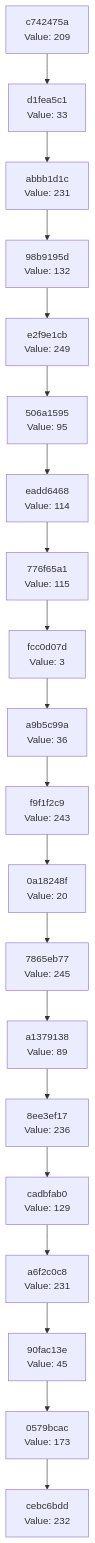
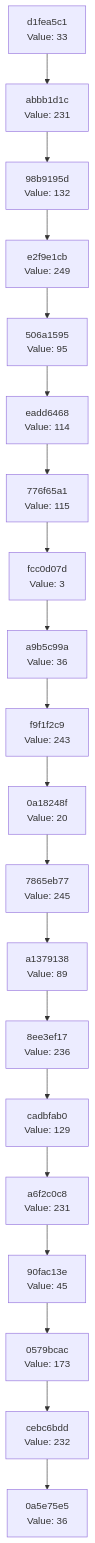
The diagram in docs/CHAIN_VISUALIZATION.md (Abhisheksinha1506/hash-chain-evolver), drawn with Mermaid before and after one commit. The commit also changed 2 other files, not shown here.

Commit message:
Evolution Step

````diff
--- a/docs/CHAIN_VISUALIZATION.md
+++ b/docs/CHAIN_VISUALIZATION.md
@@ -3,42 +3,42 @@
 ```mermaid
 graph TD
-    C0["cebc6bdd<br/>Value: 232"]
-    C1["0579bcac<br/>Value: 173"]
+    C0["0a5e75e5<br/>Value: 36"]
+    C1["cebc6bdd<br/>Value: 232"]
     C1 --> C0
-    C2["90fac13e<br/>Value: 45"]
+    C2["0579bcac<br/>Value: 173"]
     C2 --> C1
-    C3["a6f2c0c8<br/>Value: 231"]
+    C3["90fac13e<br/>Value: 45"]
     C3 --> C2
-    C4["cadbfab0<br/>Value: 129"]
+    C4["a6f2c0c8<br/>Value: 231"]
     C4 --> C3
-    C5["8ee3ef17<br/>Value: 236"]
+    C5["cadbfab0<br/>Value: 129"]
     C5 --> C4
-    C6["a1379138<br/>Value: 89"]
+    C6["8ee3ef17<br/>Value: 236"]
     C6 --> C5
-    C7["7865eb77<br/>Value: 245"]
+    C7["a1379138<br/>Value: 89"]
     C7 --> C6
-    C8["0a18248f<br/>Value: 20"]
+    C8["7865eb77<br/>Value: 245"]
     C8 --> C7
-    C9["f9f1f2c9<br/>Value: 243"]
+    C9["0a18248f<br/>Value: 20"]
     C9 --> C8
-    C10["a9b5c99a<br/>Value: 36"]
+    C10["f9f1f2c9<br/>Value: 243"]
     C10 --> C9
-    C11["fcc0d07d<br/>Value: 3"]
+    C11["a9b5c99a<br/>Value: 36"]
     C11 --> C10
-    C12["776f65a1<br/>Value: 115"]
+    C12["fcc0d07d<br/>Value: 3"]
     C12 --> C11
-    C13["eadd6468<br/>Value: 114"]
+    C13["776f65a1<br/>Value: 115"]
     C13 --> C12
-    C14["506a1595<br/>Value: 95"]
+    C14["eadd6468<br/>Value: 114"]
     C14 --> C13
-    C15["e2f9e1cb<br/>Value: 249"]
+    C15["506a1595<br/>Value: 95"]
     C15 --> C14
-    C16["98b9195d<br/>Value: 132"]
+    C16["e2f9e1cb<br/>Value: 249"]
     C16 --> C15
-    C17["abbb1d1c<br/>Value: 231"]
+    C17["98b9195d<br/>Value: 132"]
     C17 --> C16
-    C18["d1fea5c1<br/>Value: 33"]
+    C18["abbb1d1c<br/>Value: 231"]
     C18 --> C17
-    C19["c742475a<br/>Value: 209"]
+    C19["d1fea5c1<br/>Value: 33"]
     C19 --> C18
 ```
````
